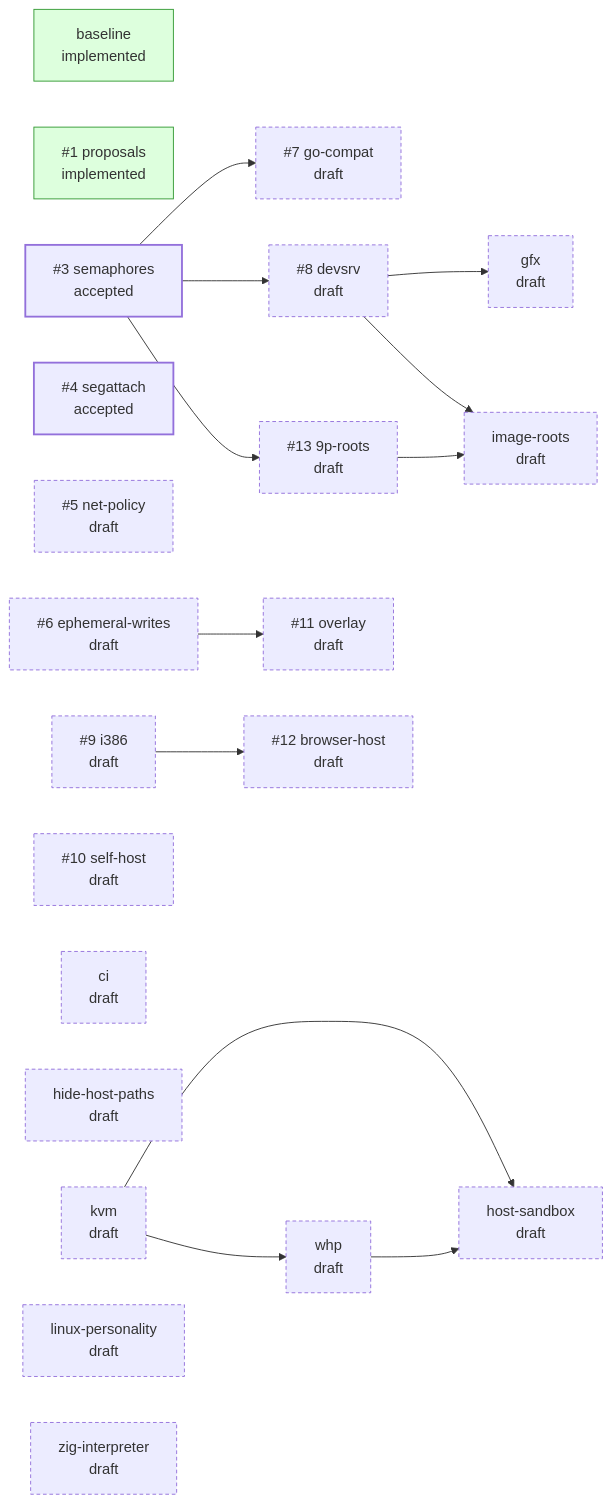
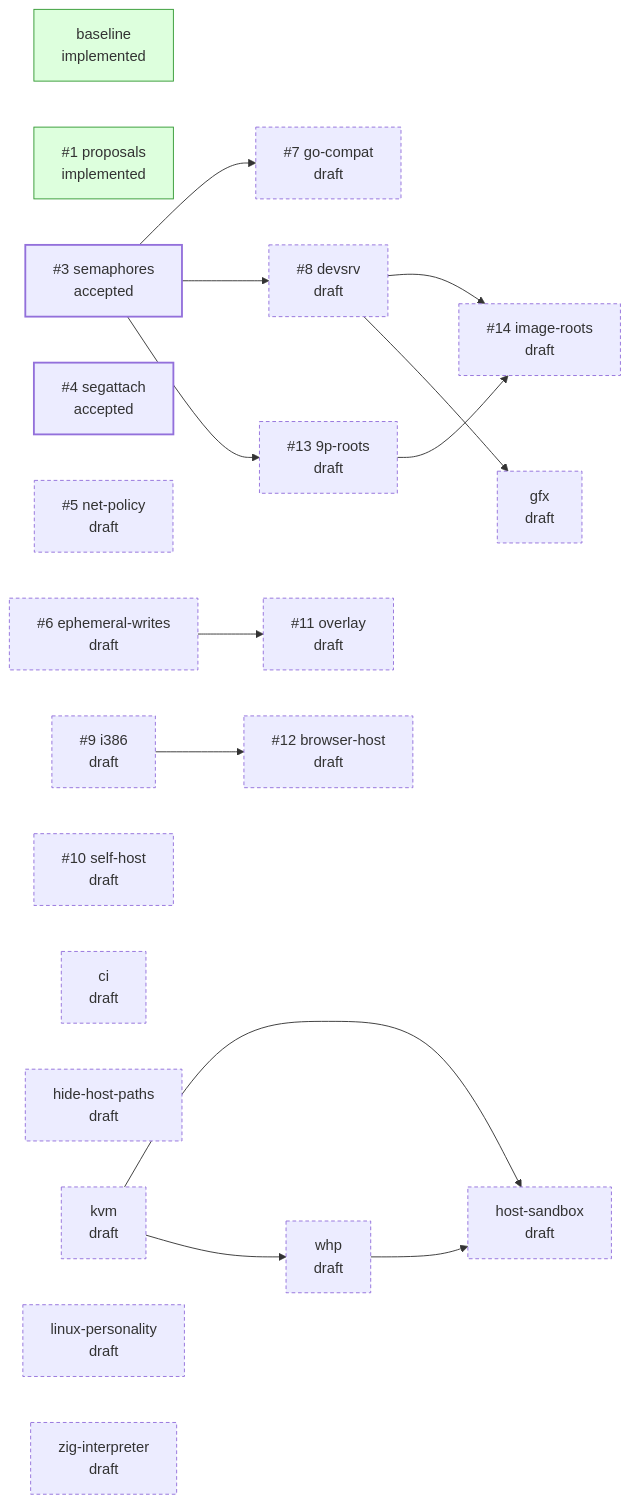
The diagram in README.md (jpf/hyper9), drawn with Mermaid before and after one commit. The commit also changed other lines of this file and 5 other files, not shown here.

Commit message:
design: file image-roots as #14

````diff
--- a/README.md
+++ b/README.md
@@ -39,40 +39,40 @@
 ```mermaid
 flowchart LR
   classDef draft stroke-dasharray: 4 3
   classDef accepted stroke-width: 2px
   classDef implemented fill:#dfd,stroke:#393
   classDef closed fill:#eee,stroke:#999,color:#777
   p_baseline["baseline<br/>implemented"]:::implemented
   p_proposals["#35;1 proposals<br/>implemented"]:::implemented
   p_semaphores["#35;3 semaphores<br/>accepted"]:::accepted
   p_segattach["#35;4 segattach<br/>accepted"]:::accepted
   p_net_policy["#35;5 net-policy<br/>draft"]:::draft
   p_ephemeral_writes["#35;6 ephemeral-writes<br/>draft"]:::draft
   p_go_compat["#35;7 go-compat<br/>draft"]:::draft
   p_devsrv["#35;8 devsrv<br/>draft"]:::draft
   p_i386["#35;9 i386<br/>draft"]:::draft
   p_self_host["#35;10 self-host<br/>draft"]:::draft
   p_overlay["#35;11 overlay<br/>draft"]:::draft
   p_browser_host["#35;12 browser-host<br/>draft"]:::draft
   p_9p_roots["#35;13 9p-roots<br/>draft"]:::draft
+  p_image_roots["#35;14 image-roots<br/>draft"]:::draft
   p_ci["ci<br/>draft"]:::draft
   p_gfx["gfx<br/>draft"]:::draft
   p_hide_host_paths["hide-host-paths<br/>draft"]:::draft
   p_host_sandbox["host-sandbox<br/>draft"]:::draft
-  p_image_roots["image-roots<br/>draft"]:::draft
   p_kvm["kvm<br/>draft"]:::draft
   p_linux_personality["linux-personality<br/>draft"]:::draft
   p_whp["whp<br/>draft"]:::draft
   p_zig_interpreter["zig-interpreter<br/>draft"]:::draft
   p_semaphores --> p_go_compat
   p_semaphores --> p_devsrv
   p_ephemeral_writes --> p_overlay
   p_i386 --> p_browser_host
   p_semaphores --> p_9p_roots
+  p_devsrv --> p_image_roots
+  p_9p_roots --> p_image_roots
   p_devsrv --> p_gfx
   p_kvm --> p_host_sandbox
   p_whp --> p_host_sandbox
-  p_devsrv --> p_image_roots
-  p_9p_roots --> p_image_roots
   p_kvm --> p_whp
 ```
````
